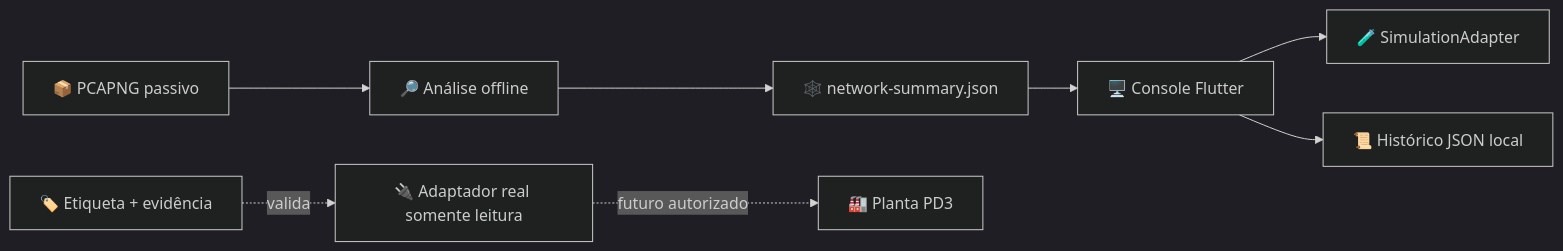
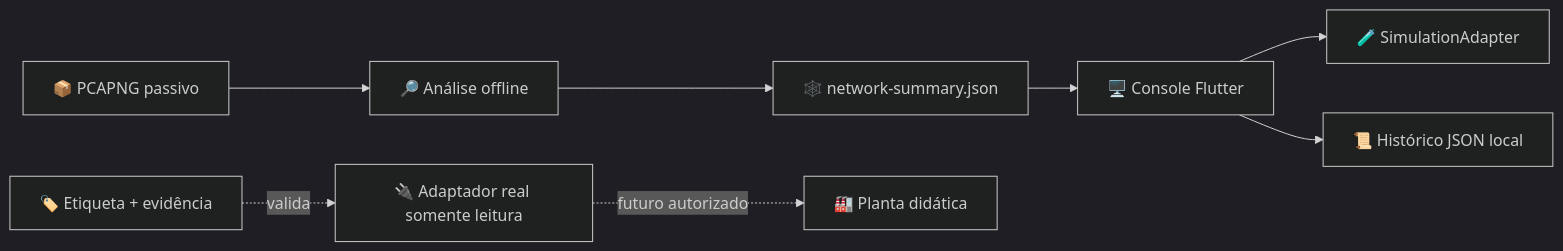
One commit to frahncky/PlantaFieldbus changed the diagram in README.md. Above: the diagram before and after it, drawn with Mermaid (dark theme). The commit also changed other lines of this file and 4 other files, not shown here.

````diff
--- a/README.md
+++ b/README.md
@@ -62,10 +62,10 @@
 ```mermaid
 flowchart LR
     UI["🖥️ Console Flutter"] --> SIM["🧪 SimulationAdapter"]
     UI --> HIST["📜 Histórico JSON local"]
     PCAP["📦 PCAPNG passivo"] --> ANALYZE["🔎 Análise offline"]
     ANALYZE --> TOPO["🕸️ network-summary.json"]
     TOPO --> UI
     EVID["🏷️ Etiqueta + evidência"] -. valida .-> ADAPTER["🔌 Adaptador real somente leitura"]
-    ADAPTER -. futuro autorizado .-> PLANT["🏭 Planta PD3"]
+    ADAPTER -. futuro autorizado .-> PLANT["🏭 Planta didática"]
 ```
````
